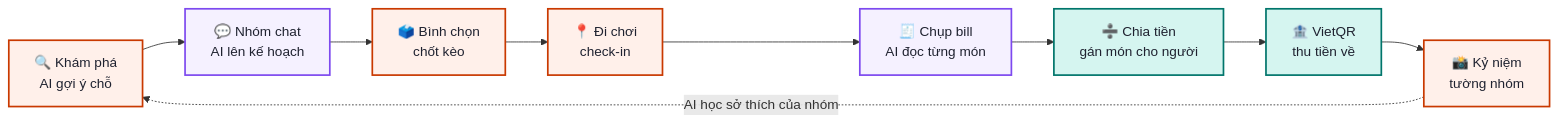
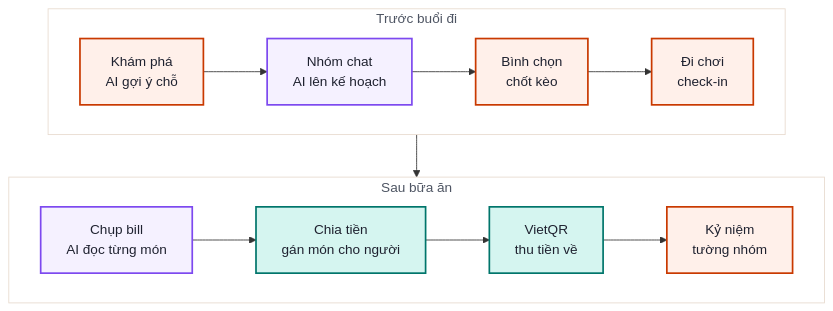
The first of 3 diagrams in README.md (chuoibo/mobile), drawn with Mermaid before and after one commit. The commit also changed other lines of this file and 4 other files, not shown here.

````diff
--- a/README.md
+++ b/README.md
@@ -47,18 +56,25 @@
 ```mermaid
-flowchart LR
-    A["🔍 Khám phá<br/>AI gợi ý chỗ"] --> B["💬 Nhóm chat<br/>AI lên kế hoạch"]
-    B --> C["🗳️ Bình chọn<br/>chốt kèo"]
-    C --> D["📍 Đi chơi<br/>check-in"]
-    D --> E["🧾 Chụp bill<br/>AI đọc từng món"]
-    E --> F["➗ Chia tiền<br/>gán món cho người"]
-    F --> G["🏦 VietQR<br/>thu tiền về"]
-    G --> H["📸 Kỷ niệm<br/>tường nhóm"]
-    H -.->|"AI học sở thích của nhóm"| A
+flowchart TB
+    subgraph TRUOC["Trước buổi đi"]
+        direction LR
+        A["Khám phá<br/>AI gợi ý chỗ"] --> B["Nhóm chat<br/>AI lên kế hoạch"]
+        B --> C["Bình chọn<br/>chốt kèo"]
+        C --> D["Đi chơi<br/>check-in"]
+    end
+    subgraph SAU["Sau bữa ăn"]
+        direction LR
+        E["Chụp bill<br/>AI đọc từng món"] --> F["Chia tiền<br/>gán món cho người"]
+        F --> G["VietQR<br/>thu tiền về"]
+        G --> H["Kỷ niệm<br/>tường nhóm"]
+    end
+    TRUOC --> SAU
 
     classDef brand fill:#fff0ea,stroke:#c93900,stroke-width:2px,color:#1f2230
     classDef ai fill:#f5f1ff,stroke:#7d49ef,stroke-width:2px,color:#1f2230
     classDef money fill:#d5f5f0,stroke:#00756b,stroke-width:2px,color:#1f2230
     class A,C,D,H brand
     class B,E ai
     class F,G money
+    style TRUOC fill:#ffffff,stroke:#e7dace,color:#4e5563
+    style SAU fill:#ffffff,stroke:#e7dace,color:#4e5563
 ```
````
